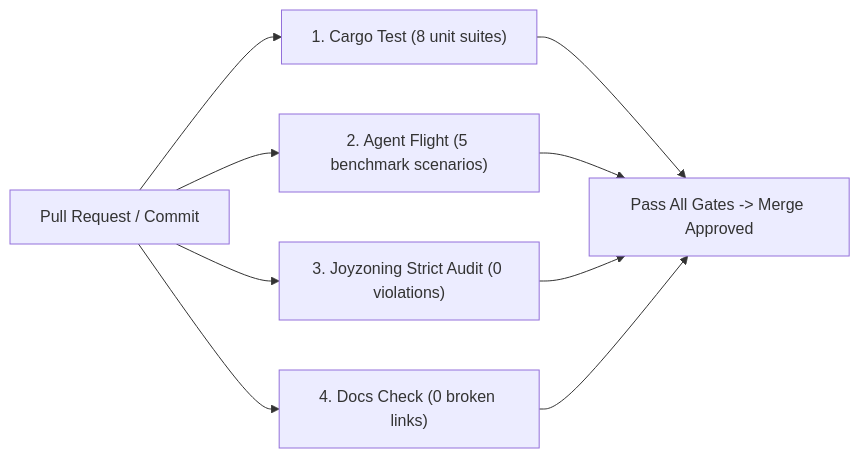
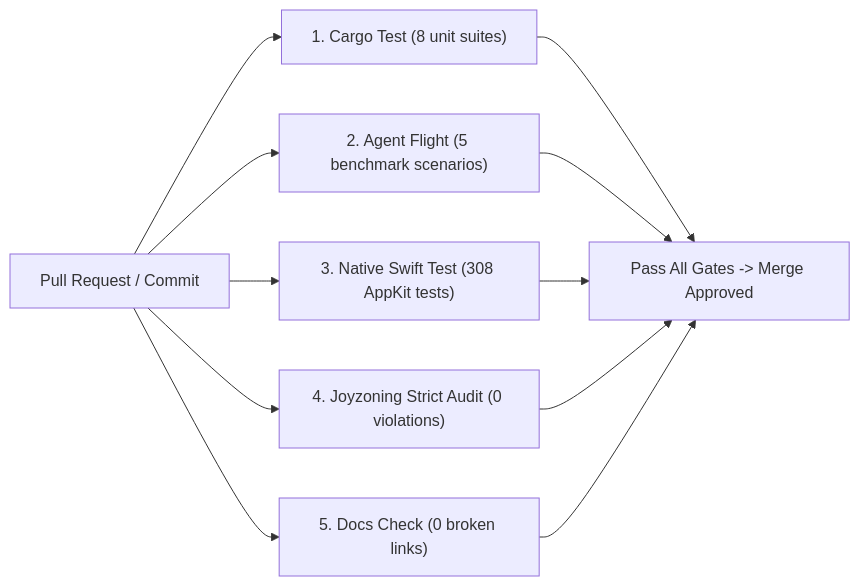
One commit to CardSorting/HEAV3NS-MICRO changed the diagram in docs/CI_INTEGRATION.md. Above: the diagram before and after it, drawn with Mermaid. The commit also changed other lines of this file and 13 other files, not shown here.

````diff
--- a/docs/CI_INTEGRATION.md
+++ b/docs/CI_INTEGRATION.md
@@ -19,11 +19,13 @@
 ```mermaid
 flowchart LR
   PR["Pull Request / Commit"] --> TEST["1. Cargo Test (8 unit suites)"]
   PR --> FLIGHT["2. Agent Flight (5 benchmark scenarios)"]
-  PR --> JOY["3. Joyzoning Strict Audit (0 violations)"]
-  PR --> DOCS["4. Docs Check (0 broken links)"]
+  PR --> SWIFT["3. Native Swift Test (308 AppKit tests)"]
+  PR --> JOY["4. Joyzoning Strict Audit (0 violations)"]
+  PR --> DOCS["5. Docs Check (0 broken links)"]
   TEST --> GATE["Pass All Gates -> Merge Approved"]
   FLIGHT --> GATE
+  SWIFT --> GATE
   JOY --> GATE
   DOCS --> GATE
 ```
````
